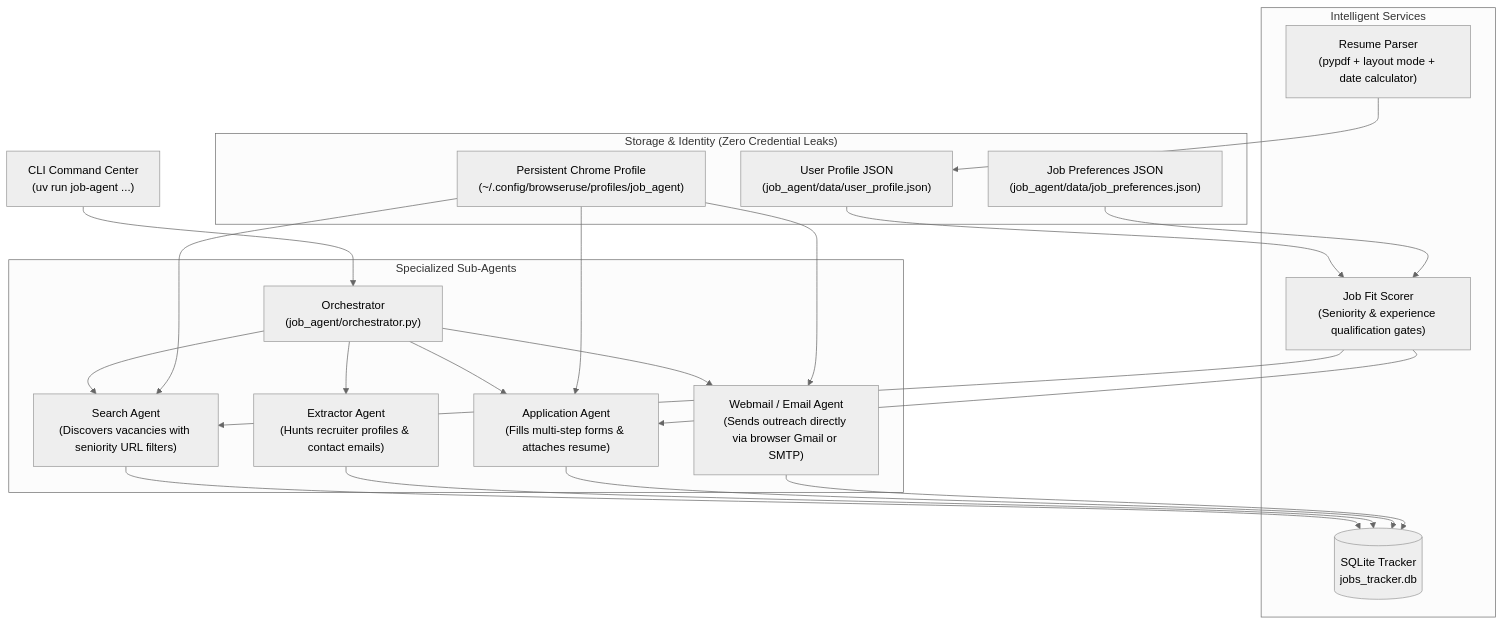
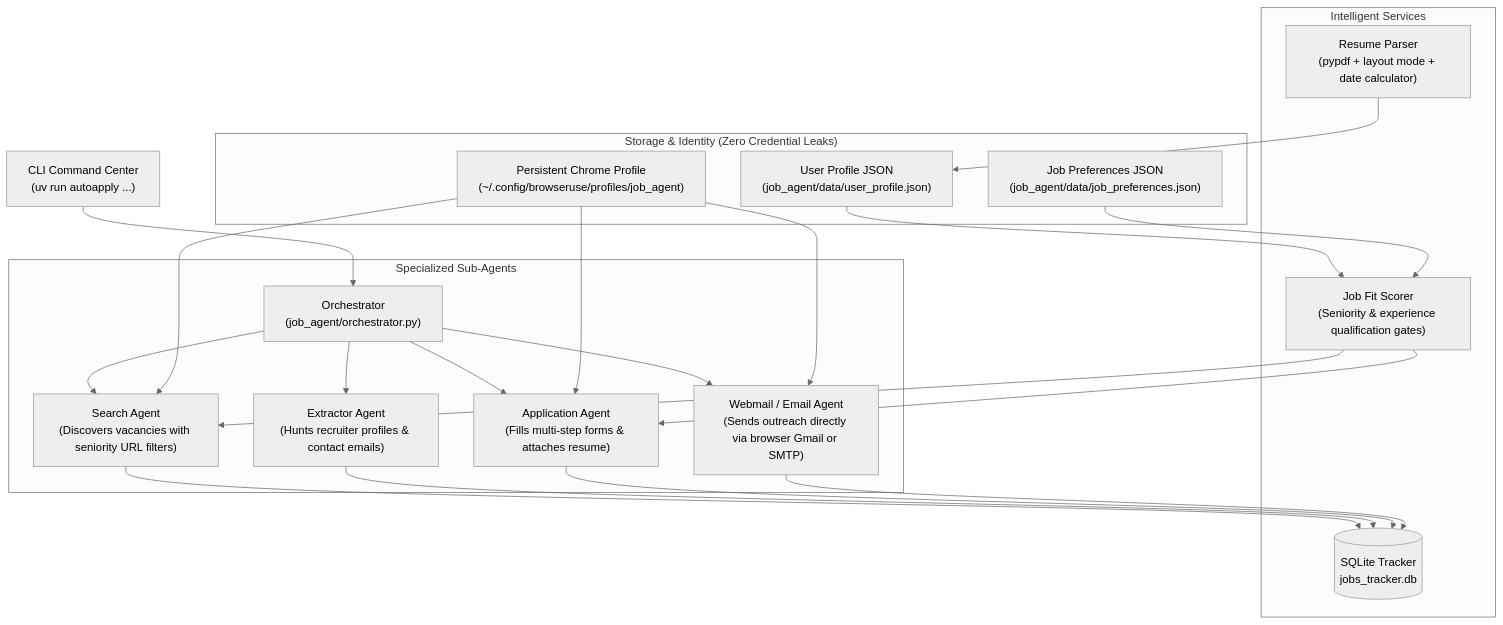
One commit to Abhishekkkk-15/autoapply changed the diagram in job_agent/README.md. Above: the diagram before and after it, drawn with Mermaid (neutral theme). The commit also changed other lines of this file and 3 other files, not shown here.

Commit message:
feat: rename CLI commands and branding to autoapply

````diff
--- a/job_agent/README.md
+++ b/job_agent/README.md
@@ -11,29 +11,29 @@
 ```mermaid
 flowchart TD
-    CLI["CLI Command Center\n(uv run job-agent ...)"] --> ORCH["Orchestrator\n(job_agent/orchestrator.py)"]
+    CLI["CLI Command Center\n(uv run autoapply ...)"] --> ORCH["Orchestrator\n(job_agent/orchestrator.py)"]
     
     subgraph "Intelligent Services"
         RP["Resume Parser\n(pypdf + layout mode + date calculator)"]
         FS["Job Fit Scorer\n(Seniority & experience qualification gates)"]
         JT[("SQLite Tracker\njobs_tracker.db")]
     end
 
     subgraph "Specialized Sub-Agents"
         ORCH --> SA["Search Agent\n(Discovers vacancies with seniority URL filters)"]
         ORCH --> EA["Extractor Agent\n(Hunts recruiter profiles & contact emails)"]
         ORCH --> AA["Application Agent\n(Fills multi-step forms & attaches resume)"]
         ORCH --> OA["Webmail / Email Agent\n(Sends outreach directly via browser Gmail or SMTP)"]
     end
 
     subgraph "Storage & Identity (Zero Credential Leaks)"
         CP["User Profile JSON\n(job_agent/data/user_profile.json)"]
         JP["Job Preferences JSON\n(job_agent/data/job_preferences.json)"]
         CD["Persistent Chrome Profile\n(~/.config/browseruse/profiles/job_agent)"]
     end
 
     RP --> CP
     CP & JP --> FS
     FS --> SA & AA
     CD --> SA & AA & OA
     SA & EA & AA & OA --> JT
 ```
````
